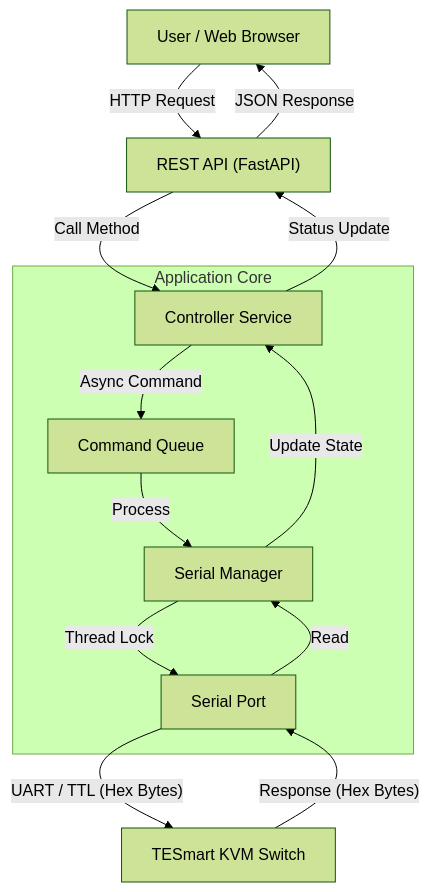
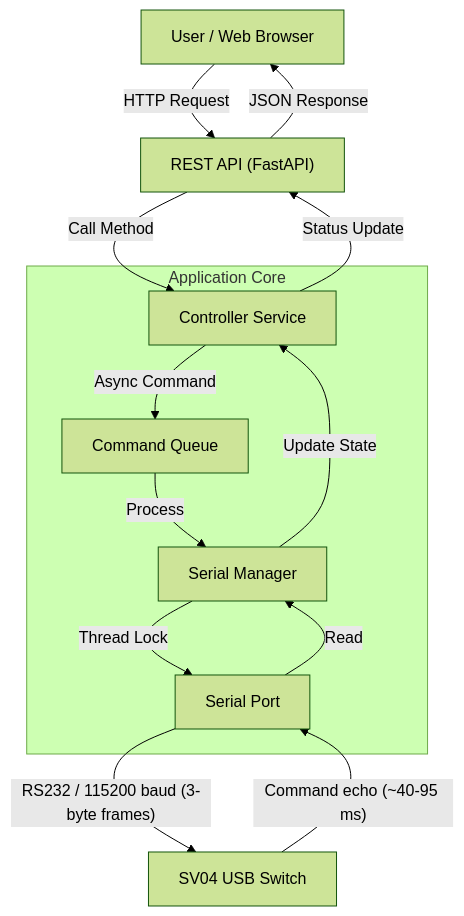
One commit to gpt559/KVM-as-a-Service changed the diagram in README.md. Above: the diagram before and after it, drawn with Mermaid (forest theme). The commit also changed other lines of this file and 14 other files, not shown here.

````diff
--- a/README.md
+++ b/README.md
@@ -18,18 +20,18 @@
 ```mermaid
 graph TD
     User["User / Web Browser"] -- "HTTP Request" --> API["REST API (FastAPI)"]
     API -- "Call Method" --> Controller["Controller Service"]
     
     subgraph "Application Core"
         Controller -- "Async Command" --> Queue["Command Queue"]
         Queue -- "Process" --> SerialMgr["Serial Manager"]
         SerialMgr -- "Thread Lock" --> SerialPort["Serial Port"]
     end
     
-    SerialPort -- "UART / TTL (Hex Bytes)" --> KVM["TESmart KVM Switch"]
-    KVM -- "Response (Hex Bytes)" --> SerialPort
+    SerialPort -- "RS232 / 115200 baud (3-byte frames)" --> Switch["SV04 USB Switch"]
+    Switch -- "Command echo (~40-95 ms)" --> SerialPort
     SerialPort -- "Read" --> SerialMgr
     SerialMgr -- "Update State" --> Controller
     Controller -- "Status Update" --> API
     API -- "JSON Response" --> User
 ```
````
